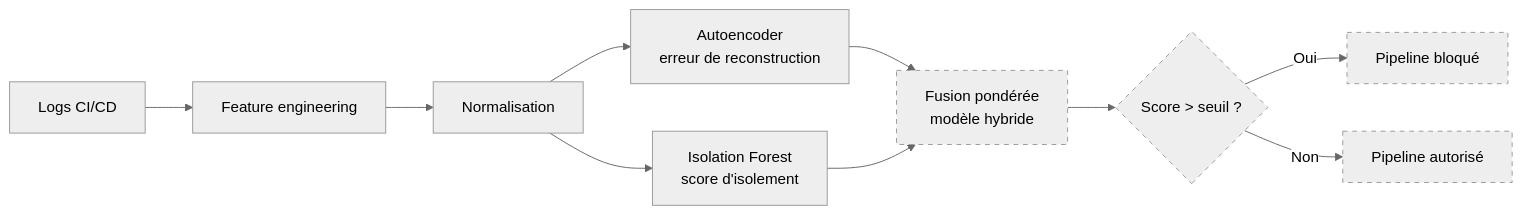
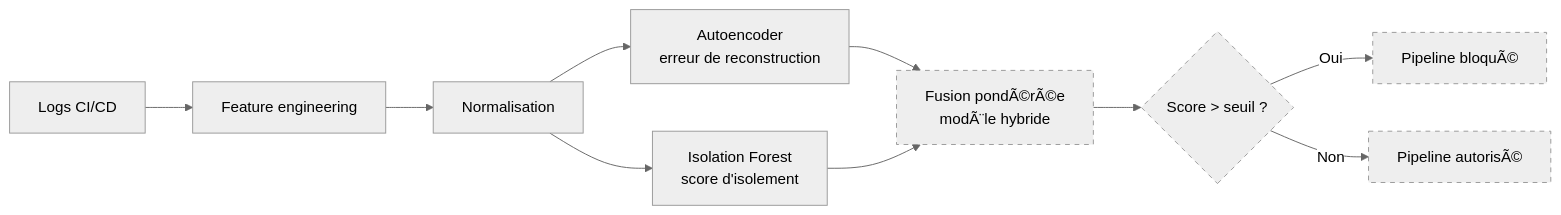
One commit to chaimaeouelda/cicd-anomaly-detection changed the diagram in README.md. Above: the diagram before and after it, drawn with Mermaid (neutral theme). The commit also changed other lines of this file and 1 other file, not shown here.

````diff
--- a/README.md
+++ b/README.md
@@ -22,16 +22,16 @@
 ```mermaid
 flowchart LR
     A[Logs CI/CD] --> B[Feature engineering]
     B --> C[Normalisation]
     C --> D[Autoencoder<br/>erreur de reconstruction]
     C --> E[Isolation Forest<br/>score d'isolement]
-    D --> F[Fusion pondérée<br/>modèle hybride]
+    D --> F[Fusion pondÃ©rÃ©e<br/>modÃ¨le hybride]
     E --> F
     F --> G{Score > seuil ?}
-    G -- Oui --> H[Pipeline bloqué]
-    G -- Non --> I[Pipeline autorisé]
+    G -- Oui --> H[Pipeline bloquÃ©]
+    G -- Non --> I[Pipeline autorisÃ©]
     style F stroke-dasharray: 5 5
     style G stroke-dasharray: 5 5
     style H stroke-dasharray: 5 5
     style I stroke-dasharray: 5 5
 ```
````
